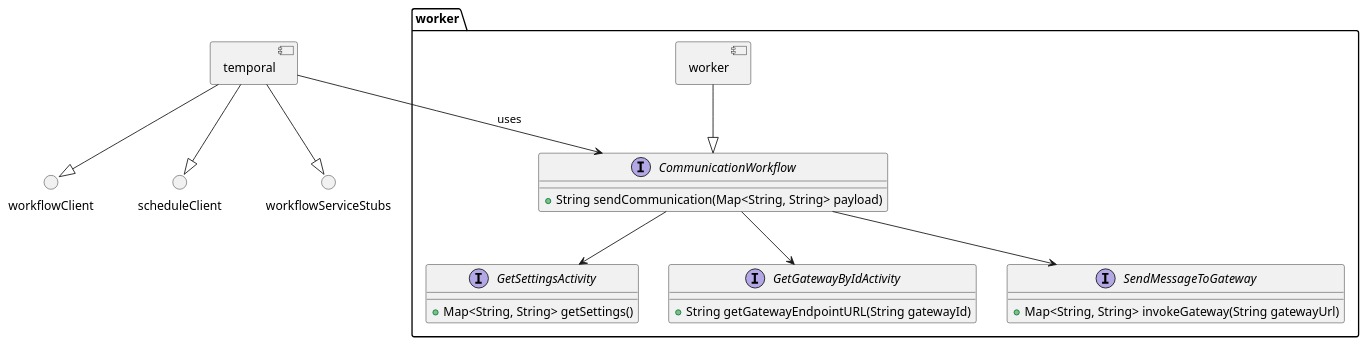
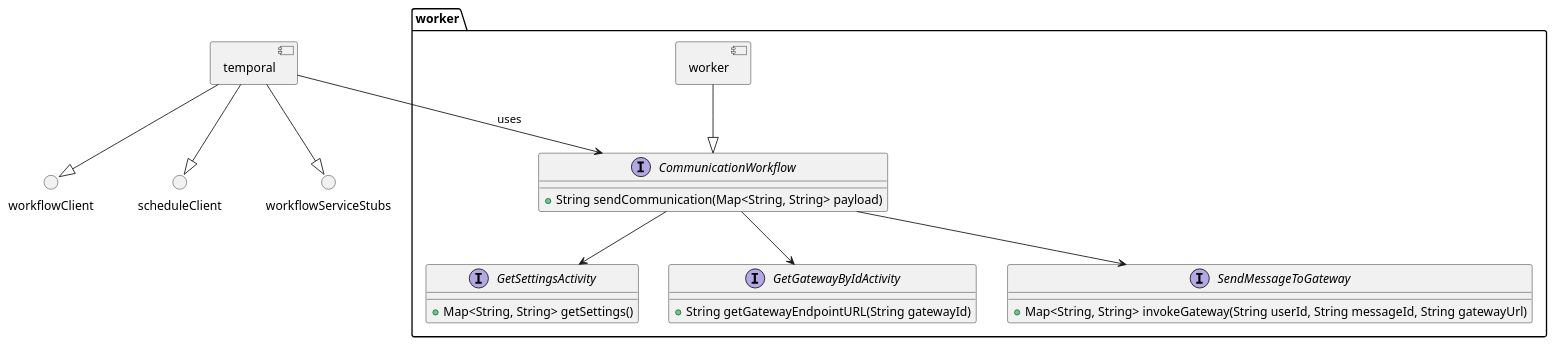
One commit to CameronWard301/communication_scheduler changed the diagram in Designs/System Context/Components/WorkerInterfaces.puml. Above: the diagram before and after it, drawn with PlantUML. The commit also changed 5 other files, not shown here.

```diff
--- a/Designs/System Context/Components/WorkerInterfaces.puml
+++ b/Designs/System Context/Components/WorkerInterfaces.puml
@@ -1,48 +1,47 @@
 @startuml Component Interfaces
 
 component temporal {
 }
 
 () workflowClient
 () scheduleClient
 () workflowServiceStubs
 
 
 workflowServiceStubs <|-u- temporal
 workflowClient <|-u- temporal
 scheduleClient <|-u- temporal
 
 
 package "worker" as workerGroup {
     component worker{
     }
 
     interface CommunicationWorkflow {
         + String sendCommunication(Map<String, String> payload)
 
     }
 
     interface GetSettingsActivity {
         + Map<String, String> getSettings()
 
     }
 
     interface GetGatewayByIdActivity {
         + String getGatewayEndpointURL(String gatewayId)
 
     }
 
     interface SendMessageToGateway {
-        + Map<String, String> invokeGateway(String gatewayUrl)
-
+        + Map<String, String> invokeGateway(String userId, String messageId, String gatewayUrl)
     }
 
     worker --|> CommunicationWorkflow
     CommunicationWorkflow --> GetSettingsActivity
     CommunicationWorkflow --> SendMessageToGateway
     CommunicationWorkflow --> GetGatewayByIdActivity
 }
 
 temporal --> CommunicationWorkflow: uses
 
 @enduml
```
